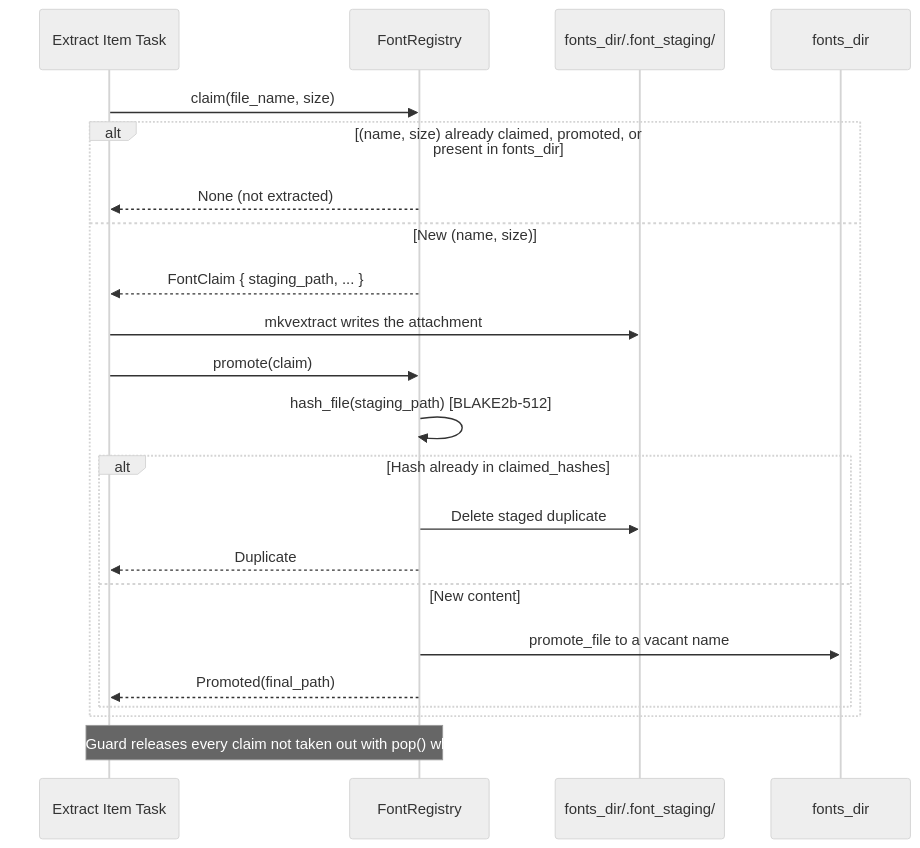
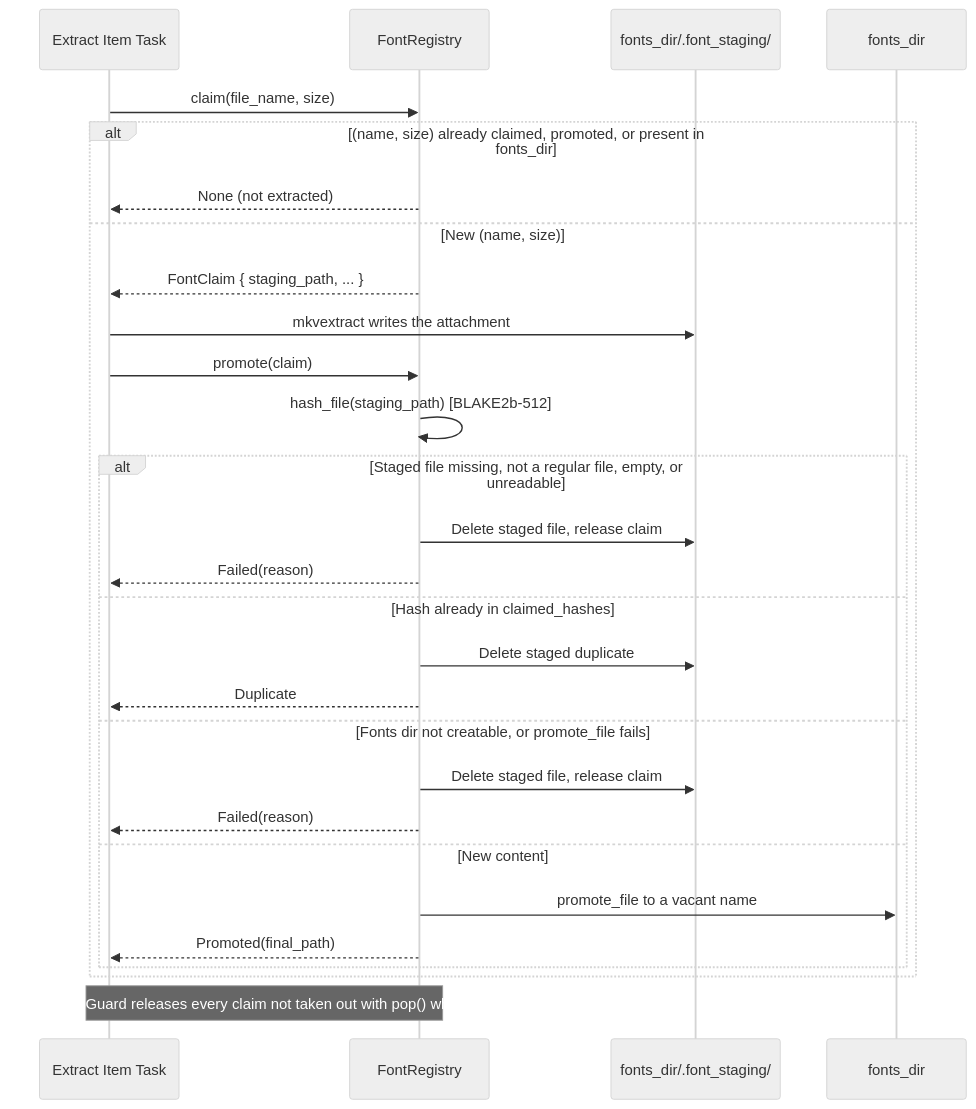
One commit to Si-Forces/mkvanimebatch changed the fourth of 8 diagrams in architecture.md. Above: the diagram before and after it, drawn with Mermaid (neutral theme). The commit also changed other lines of this file and 11 other files, not shown here.

````diff
--- a/architecture.md
+++ b/architecture.md
@@ -309,25 +309,31 @@
 ```mermaid
 sequenceDiagram
     participant Worker as Extract Item Task
     participant FR as FontRegistry
     participant Staging as fonts_dir/.font_staging/
     participant Target as fonts_dir
 
     Worker->>FR: claim(file_name, size)
     alt (name, size) already claimed, promoted, or present in fonts_dir
         FR-->>Worker: None (not extracted)
     else New (name, size)
         FR-->>Worker: FontClaim { staging_path, ... }
         Worker->>Staging: mkvextract writes the attachment
         Worker->>FR: promote(claim)
         FR->>FR: hash_file(staging_path) [BLAKE2b-512]
-        alt Hash already in claimed_hashes
+        alt Staged file missing, not a regular file, empty, or unreadable
+            FR->>Staging: Delete staged file, release claim
+            FR-->>Worker: Failed(reason)
+        else Hash already in claimed_hashes
             FR->>Staging: Delete staged duplicate
             FR-->>Worker: Duplicate
+        else Fonts dir not creatable, or promote_file fails
+            FR->>Staging: Delete staged file, release claim
+            FR-->>Worker: Failed(reason)
         else New content
             FR->>Target: promote_file to a vacant name
             FR-->>Worker: Promoted(final_path)
         end
     end
     Note over Worker,FR: FontClaimsGuard releases every claim not taken out with pop() when it drops
 ```
````
